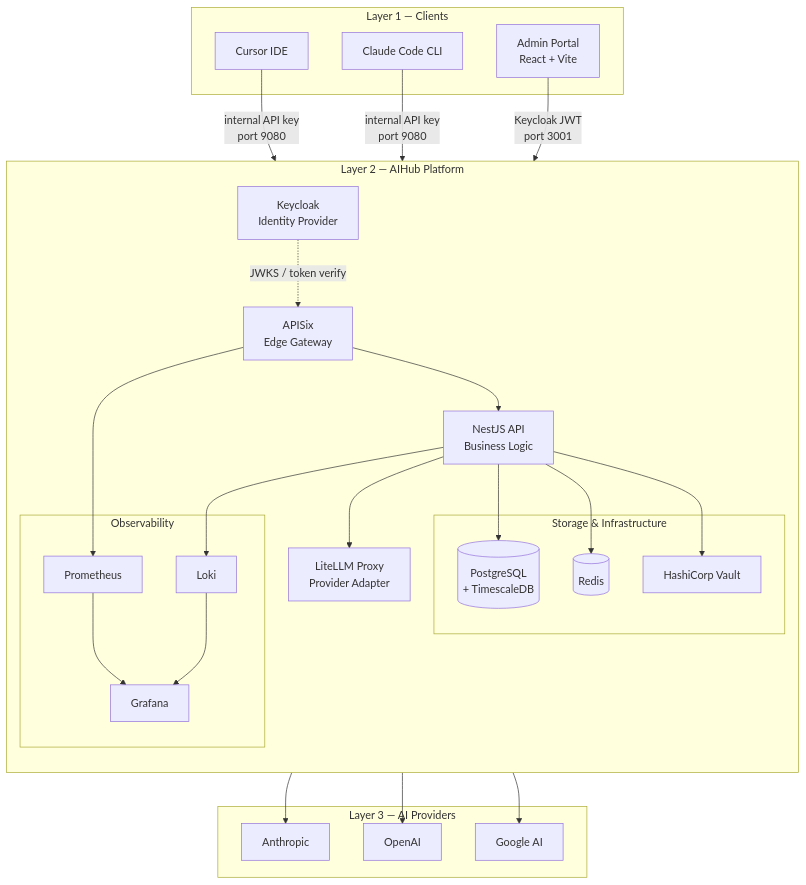
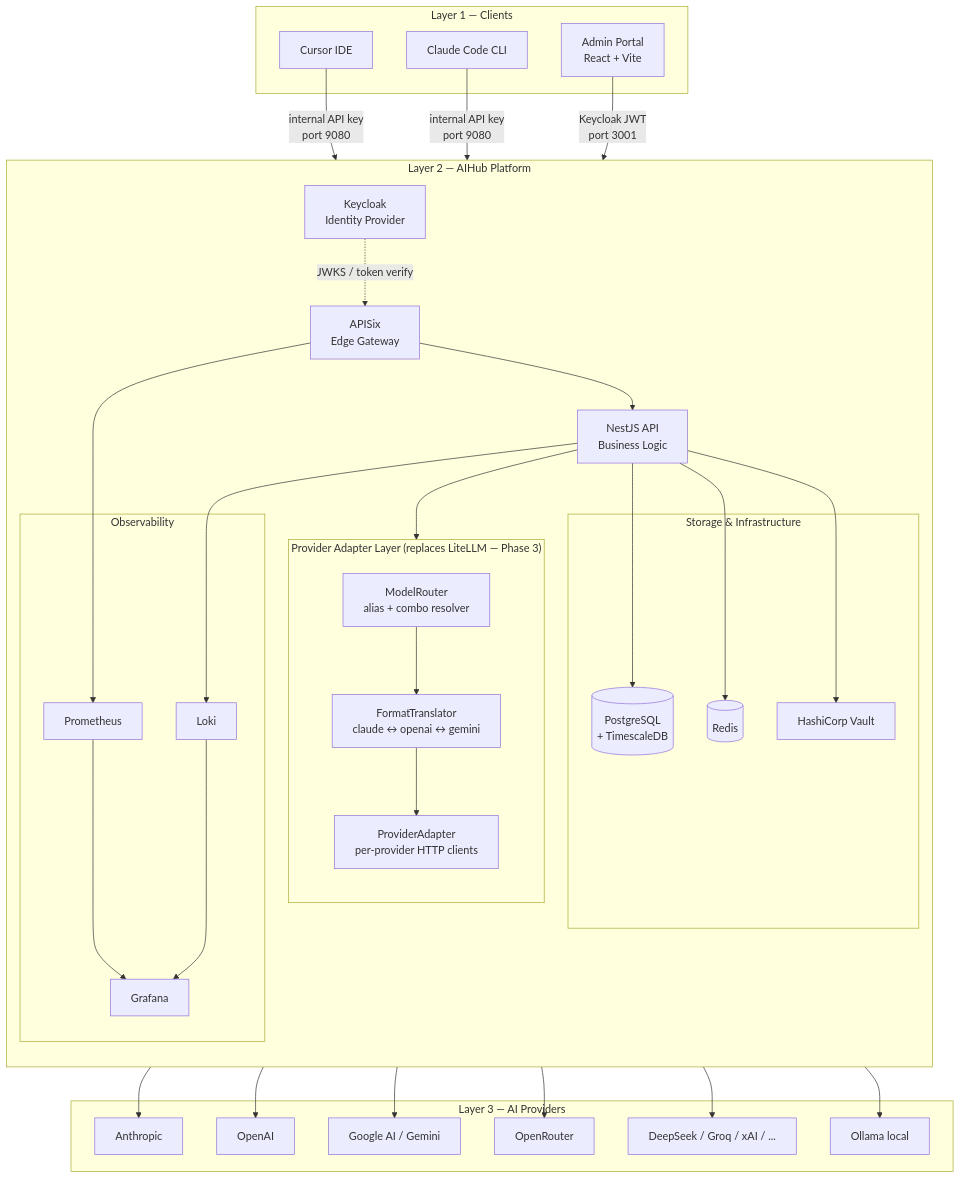
One commit to haodv98/AI-Hub changed the first of 15 diagrams in docs/system-architecture.md. Above: the diagram before and after it, drawn with Mermaid. The commit also changed other lines of this file and 25 other files, not shown here.

Commit message:
feat: improve provider adapter

````diff
--- a/docs/system-architecture.md
+++ b/docs/system-architecture.md
@@ -24,54 +24,68 @@
 ```mermaid
 graph TB
     subgraph L1["Layer 1 — Clients"]
         CUR[Cursor IDE]
         CLI[Claude Code CLI]
         WEB[Admin Portal\nReact + Vite]
     end
 
     subgraph L2["Layer 2 — AIHub Platform"]
         direction TB
         KC[Keycloak\nIdentity Provider]
         GW[APISix\nEdge Gateway]
         NS[NestJS API\nBusiness Logic]
-        LL[LiteLLM Proxy\nProvider Adapter]
+
+        subgraph PADAPT["Provider Adapter Layer (replaces LiteLLM — Phase 3)"]
+            direction TB
+            MR[ModelRouter\nalias + combo resolver]
+            FT[FormatTranslator\nclaude ↔ openai ↔ gemini]
+            PA[ProviderAdapter\nper-provider HTTP clients]
+        end
 
         subgraph STORAGE["Storage & Infrastructure"]
             PG[(PostgreSQL\n+ TimescaleDB)]
             RD[(Redis)]
             VT[HashiCorp Vault]
         end
 
         subgraph OBS["Observability"]
             PR[Prometheus]
             GF[Grafana]
             LK[Loki]
         end
     end
 
     subgraph L3["Layer 3 — AI Providers"]
         AN[Anthropic]
         OA[OpenAI]
-        GG[Google AI]
+        GG[Google AI / Gemini]
+        OR[OpenRouter]
+        DS[DeepSeek / Groq / xAI / ...]
+        OL[Ollama local]
     end
 
     CUR -->|"internal API key\nport 9080"| GW
     CLI -->|"internal API key\nport 9080"| GW
     WEB -->|"Keycloak JWT\nport 3001"| NS
 
     KC -.->|"JWKS / token verify"| GW
     GW --> NS
-    NS --> LL
+    NS --> MR
+    MR --> FT
+    FT --> PA
     NS --> PG
     NS --> RD
     NS --> VT
 
-    LL --> AN
-    LL --> OA
-    LL --> GG
+    PA --> AN
+    PA --> OA
+    PA --> GG
+    PA --> OR
+    PA --> DS
+    PA --> OL
 
     NS --> LK
     GW --> PR
     PR --> GF
     LK --> GF
 ```
````
